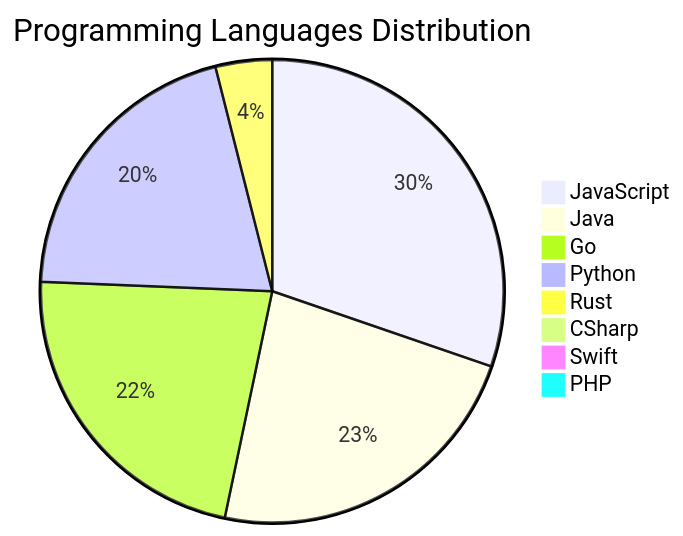
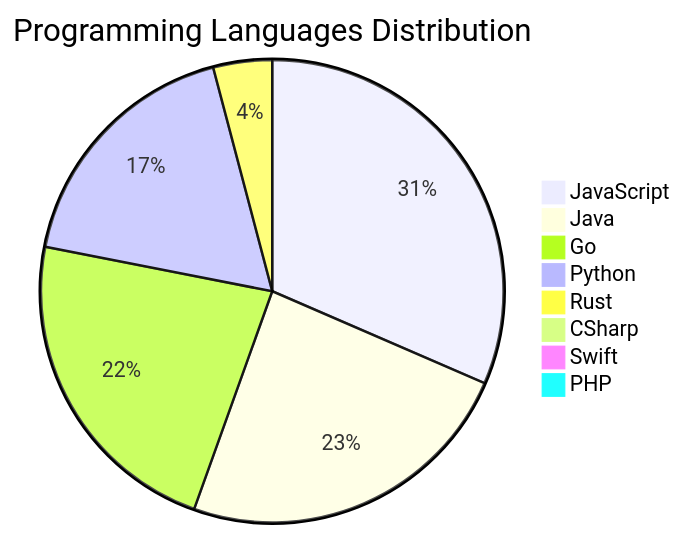
Before and after one commit to Derrick-MUGISHA/github-activity-bot: the diagram in README.md, drawn with Mermaid. The commit also changed other lines of this file and 4 other files, not shown here.

````diff
--- a/README.md
+++ b/README.md
@@ -208,11 +208,11 @@
 ```mermaid
 pie title Programming Languages Distribution
     "JavaScript" : 46
     "Java" : 35
-    "Go" : 34
-    "Python" : 31
+    "Go" : 33
+    "Python" : 26
     "Rust" : 6
     "CSharp" : 1
     "Swift" : 1
     "PHP" : 1
 ```
````
